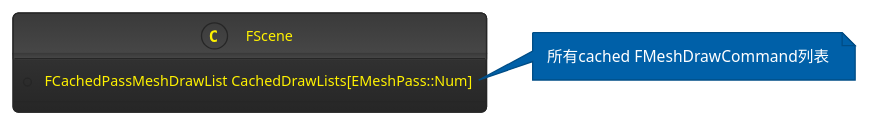
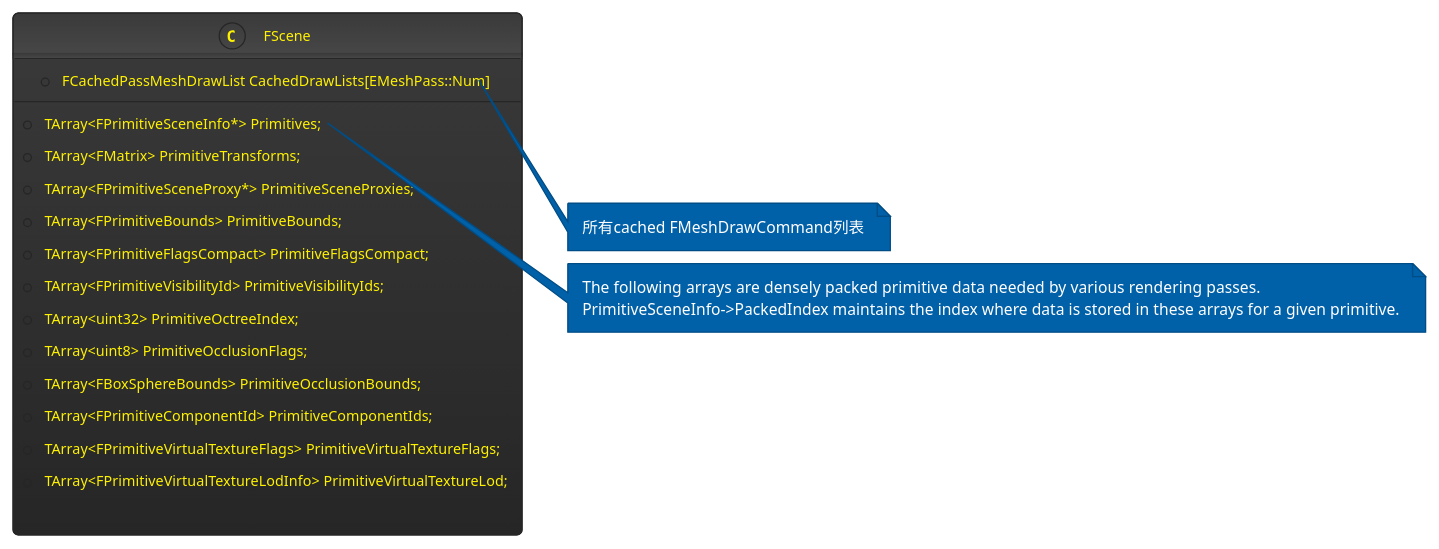
Before and after one commit to yuanlin2008/Notes: the fourth of 5 diagrams in Mesh.md, drawn with PlantUML. The commit also changed other lines of this file, not shown here.

````diff
--- a/Mesh.md
+++ b/Mesh.md
@@ -95,9 +95,27 @@
 ```puml
 !theme black-knight
 class FScene{
 	+FCachedPassMeshDrawList CachedDrawLists[EMeshPass::Num]
+--
+	+TArray<FPrimitiveSceneInfo*> Primitives;
+	+TArray<FMatrix> PrimitiveTransforms;
+	+TArray<FPrimitiveSceneProxy*> PrimitiveSceneProxies;
+	+TArray<FPrimitiveBounds> PrimitiveBounds;
+	+TArray<FPrimitiveFlagsCompact> PrimitiveFlagsCompact;
+	+TArray<FPrimitiveVisibilityId> PrimitiveVisibilityIds;
+	+TArray<uint32> PrimitiveOctreeIndex;
+	+TArray<uint8> PrimitiveOcclusionFlags;
+	+TArray<FBoxSphereBounds> PrimitiveOcclusionBounds;
+	+TArray<FPrimitiveComponentId> PrimitiveComponentIds;
+	+TArray<FPrimitiveVirtualTextureFlags> PrimitiveVirtualTextureFlags;
+	+TArray<FPrimitiveVirtualTextureLodInfo> PrimitiveVirtualTextureLod;
+
 }
 note right of FScene::"CachedDrawLists[EMeshPass::Num]"
     所有cached FMeshDrawCommand列表
 end note
+note right of FScene::Primitives
+    The following arrays are densely packed primitive data needed by various  rendering passes. 
+    PrimitiveSceneInfo->PackedIndex maintains the index where data is stored in these arrays for a given primitive.
+end note
 ```
````
